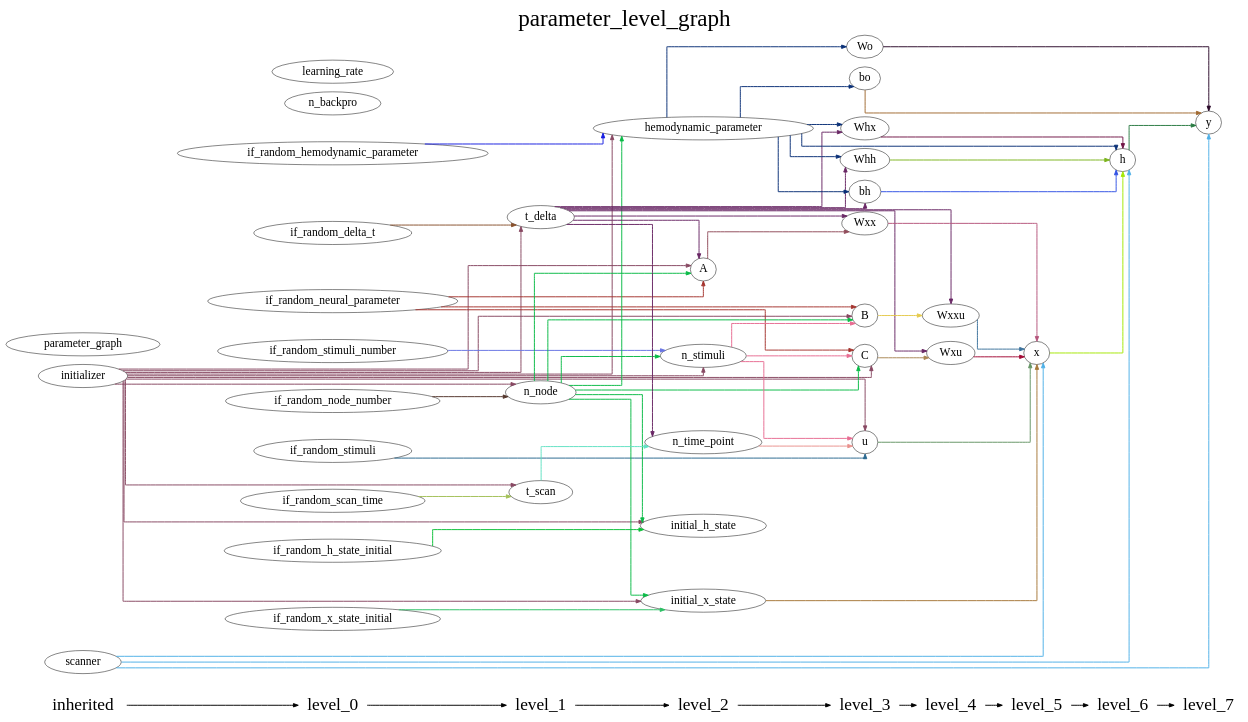
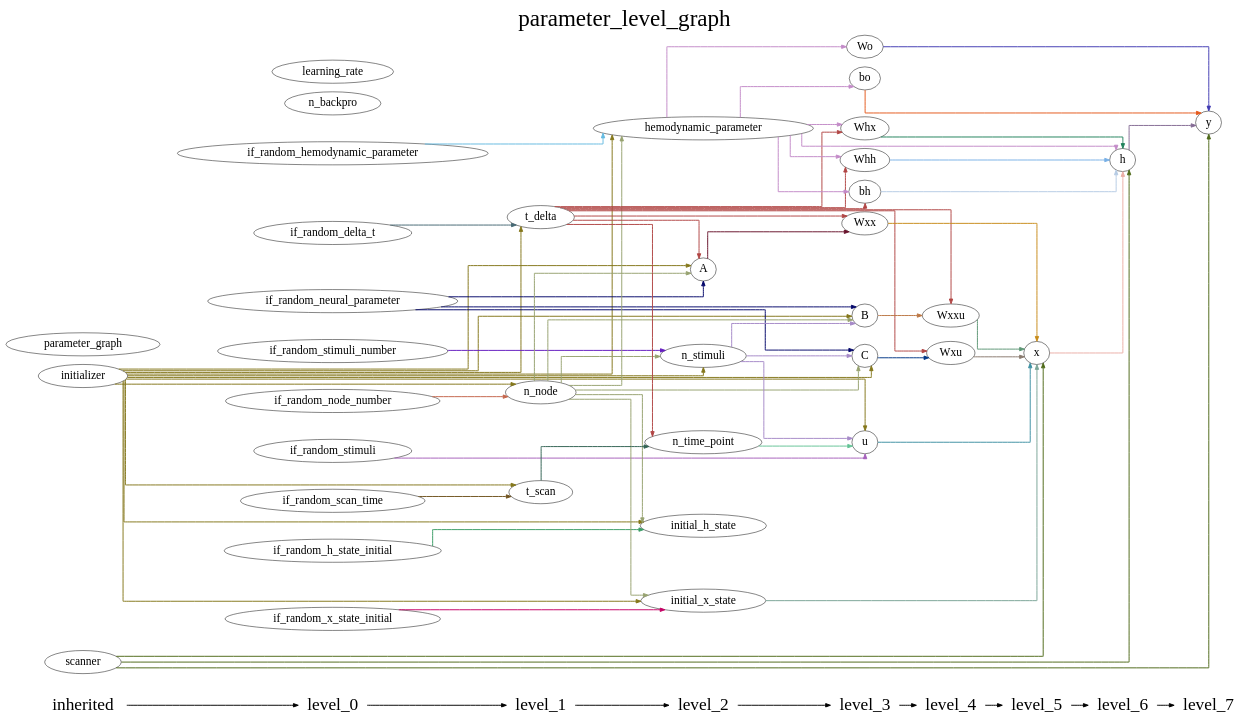
One commit to YuanWangOnward/DCM_RNN changed the diagram in DCM_RNN/documents/parameter_level_graph.gv. Above: the diagram before and after it, drawn with Graphviz. The commit also changed 6 other files, not shown here.

```diff
--- a/DCM_RNN/documents/parameter_level_graph.gv
+++ b/DCM_RNN/documents/parameter_level_graph.gv
@@ -1,156 +1,156 @@
 digraph G {
           splines=ortho;
           fontsize = 48;
           rankdir = "LR";
           node[fontsize=24];
           edge[penwidth=2];
           {
           node [shape=plaintext fontsize=36];
           inherited -> 
           level_0 -> 
           level_1 -> 
           level_2 -> 
           level_3 -> 
           level_4 -> 
           level_5 -> 
           level_6 -> 
           level_7
           }
           {rank = same;
           inherited;
           initializer;
           parameter_graph;
           scanner;
           }
           {rank = same;
           level_0;
           if_random_neural_parameter;
           if_random_hemodynamic_parameter;
           if_random_x_state_initial;
           if_random_h_state_initial;
           if_random_stimuli;
           if_random_node_number;
           if_random_stimuli_number;
           if_random_delta_t;
           if_random_scan_time;
           n_backpro;
           learning_rate;
           }
           {rank = same;
           level_1;
           n_node;
           t_delta;
           t_scan;
           }
           {rank = same;
           level_2;
           n_time_point;
           n_stimuli;
           A;
           hemodynamic_parameter;
           initial_x_state;
           initial_h_state;
           }
           {rank = same;
           level_3;
           u;
           B;
           C;
           Wxx;
           Whx;
           Whh;
           bh;
           Wo;
           bo;
           }
           {rank = same;
           level_4;
           Wxxu;
           Wxu;
           }
           {rank = same;
           level_5;
           x;
           }
           {rank = same;
           level_6;
           h;
           }
           {rank = same;
           level_7;
           y;
           }
+          bh -> h [color="#B5CBE4"];
+          if_random_h_state_initial -> initial_h_state [color="#3B9C66"];
+          parameter_graph ;
+          C -> Wxu [color="#023887"];
+          n_backpro ;
+          if_random_x_state_initial -> initial_x_state [color="#C50265"];
+          hemodynamic_parameter -> bh [color="#C38AC8"];
+          hemodynamic_parameter -> h [color="#C38AC8"];
+          hemodynamic_parameter -> bo [color="#C38AC8"];
+          hemodynamic_parameter -> Wo [color="#C38AC8"];
+          hemodynamic_parameter -> Whh [color="#C38AC8"];
+          hemodynamic_parameter -> Whx [color="#C38AC8"];
+          n_time_point -> u [color="#65C496"];
+          initializer -> C [color="#84771B"];
+          initializer -> hemodynamic_parameter [color="#84771B"];
+          initializer -> u [color="#84771B"];
+          initializer -> t_scan [color="#84771B"];
+          initializer -> initial_x_state [color="#84771B"];
+          initializer -> initial_h_state [color="#84771B"];
+          initializer -> n_stimuli [color="#84771B"];
+          initializer -> B [color="#84771B"];
+          initializer -> n_node [color="#84771B"];
+          initializer -> A [color="#84771B"];
+          initializer -> t_delta [color="#84771B"];
           y ;
+          if_random_stimuli_number -> n_stimuli [color="#641CC0"];
+          learning_rate ;
+          if_random_delta_t -> t_delta [color="#456873"];
+          u -> x [color="#3E91A2"];
+          if_random_stimuli -> u [color="#A661BC"];
+          Wxx -> x [color="#C88C1A"];
+          h -> y [color="#846B94"];
+          initial_x_state -> x [color="#7BA597"];
+          Wo -> y [color="#413BB3"];
+          if_random_hemodynamic_parameter -> hemodynamic_parameter [color="#65BBE1"];
+          if_random_neural_parameter -> C [color="#04076A"];
+          if_random_neural_parameter -> B [color="#04076A"];
+          if_random_neural_parameter -> A [color="#04076A"];
+          x -> h [color="#EBAEA7"];
+          Whh -> h [color="#7AB1E6"];
+          n_stimuli -> C [color="#A689C8"];
+          n_stimuli -> u [color="#A689C8"];
+          n_stimuli -> B [color="#A689C8"];
+          B -> Wxxu [color="#BC7743"];
+          scanner -> h [color="#4E6919"];
+          scanner -> y [color="#4E6919"];
+          scanner -> x [color="#4E6919"];
+          if_random_scan_time -> t_scan [color="#715420"];
+          if_random_node_number -> n_node [color="#C4654B"];
+          Wxu -> x [color="#897A6E"];
           initial_h_state ;
-          if_random_hemodynamic_parameter -> hemodynamic_parameter [color="#161EE1"];
-          bo -> y [color="#A06931"];
-          Wxu -> x [color="#A30935"];
-          Wxx -> x [color="#B5557C"];
-          initializer -> initial_h_state [color="#874862"];
-          initializer -> t_scan [color="#874862"];
-          initializer -> n_stimuli [color="#874862"];
-          initializer -> initial_x_state [color="#874862"];
-          initializer -> B [color="#874862"];
-          initializer -> u [color="#874862"];
-          initializer -> t_delta [color="#874862"];
-          initializer -> A [color="#874862"];
-          initializer -> n_node [color="#874862"];
-          initializer -> C [color="#874862"];
-          initializer -> hemodynamic_parameter [color="#874862"];
-          Whh -> h [color="#7CB41E"];
-          if_random_stimuli_number -> n_stimuli [color="#6773E3"];
-          Wo -> y [color="#2B0A2A"];
-          C -> Wxu [color="#AA8654"];
-          n_stimuli -> B [color="#E76C92"];
-          n_stimuli -> u [color="#E76C92"];
-          n_stimuli -> C [color="#E76C92"];
-          initial_x_state -> x [color="#A77839"];
-          scanner -> y [color="#4EB0E7"];
-          scanner -> h [color="#4EB0E7"];
-          scanner -> x [color="#4EB0E7"];
-          if_random_h_state_initial -> initial_h_state [color="#0CC038"];
-          B -> Wxxu [color="#E5CA4C"];
-          u -> x [color="#659565"];
-          if_random_x_state_initial -> initial_x_state [color="#2CC064"];
-          parameter_graph ;
-          if_random_neural_parameter -> B [color="#A5342E"];
-          if_random_neural_parameter -> A [color="#A5342E"];
-          if_random_neural_parameter -> C [color="#A5342E"];
-          Whx -> h [color="#701546"];
-          t_delta -> Wxu [color="#692765"];
-          t_delta -> bh [color="#692765"];
-          t_delta -> Whh [color="#692765"];
-          t_delta -> A [color="#692765"];
-          t_delta -> Whx [color="#692765"];
-          t_delta -> n_time_point [color="#692765"];
-          t_delta -> Wxx [color="#692765"];
-          t_delta -> Wxxu [color="#692765"];
-          if_random_node_number -> n_node [color="#53352B"];
-          if_random_delta_t -> t_delta [color="#88512C"];
-          n_node -> initial_h_state [color="#09BB47"];
-          n_node -> n_stimuli [color="#09BB47"];
-          n_node -> initial_x_state [color="#09BB47"];
-          n_node -> B [color="#09BB47"];
-          n_node -> A [color="#09BB47"];
-          n_node -> C [color="#09BB47"];
-          n_node -> hemodynamic_parameter [color="#09BB47"];
-          hemodynamic_parameter -> h [color="#0A3077"];
-          hemodynamic_parameter -> bo [color="#0A3077"];
-          hemodynamic_parameter -> Wo [color="#0A3077"];
-          hemodynamic_parameter -> bh [color="#0A3077"];
-          hemodynamic_parameter -> Whh [color="#0A3077"];
-          hemodynamic_parameter -> Whx [color="#0A3077"];
-          A -> Wxx [color="#914C5A"];
-          if_random_scan_time -> t_scan [color="#A3C157"];
-          n_backpro ;
-          x -> h [color="#A5E804"];
-          Wxxu -> x [color="#3B719B"];
-          if_random_stimuli -> u [color="#296890"];
-          n_time_point -> u [color="#EA928E"];
-          bh -> h [color="#3252E4"];
-          t_scan -> n_time_point [color="#61E1C3"];
-          h -> y [color="#287A41"];
-          learning_rate ;
+          t_scan -> n_time_point [color="#316252"];
+          t_delta -> bh [color="#B14644"];
+          t_delta -> n_time_point [color="#B14644"];
+          t_delta -> Wxx [color="#B14644"];
+          t_delta -> Whh [color="#B14644"];
+          t_delta -> Wxu [color="#B14644"];
+          t_delta -> Wxxu [color="#B14644"];
+          t_delta -> A [color="#B14644"];
+          t_delta -> Whx [color="#B14644"];
+          Wxxu -> x [color="#5C9674"];
+          bo -> y [color="#E4581B"];
+          A -> Wxx [color="#68122B"];
+          Whx -> h [color="#21825B"];
+          n_node -> C [color="#97A270"];
+          n_node -> hemodynamic_parameter [color="#97A270"];
+          n_node -> initial_x_state [color="#97A270"];
+          n_node -> initial_h_state [color="#97A270"];
+          n_node -> n_stimuli [color="#97A270"];
+          n_node -> B [color="#97A270"];
+          n_node -> A [color="#97A270"];
           labelloc = "t";
           label = "parameter_level_graph";
 }
```
